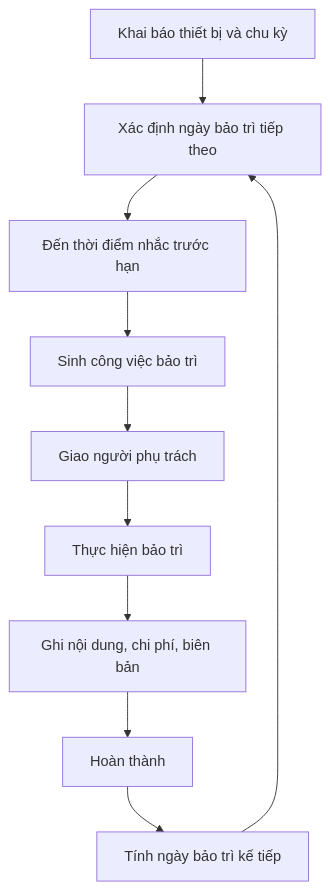
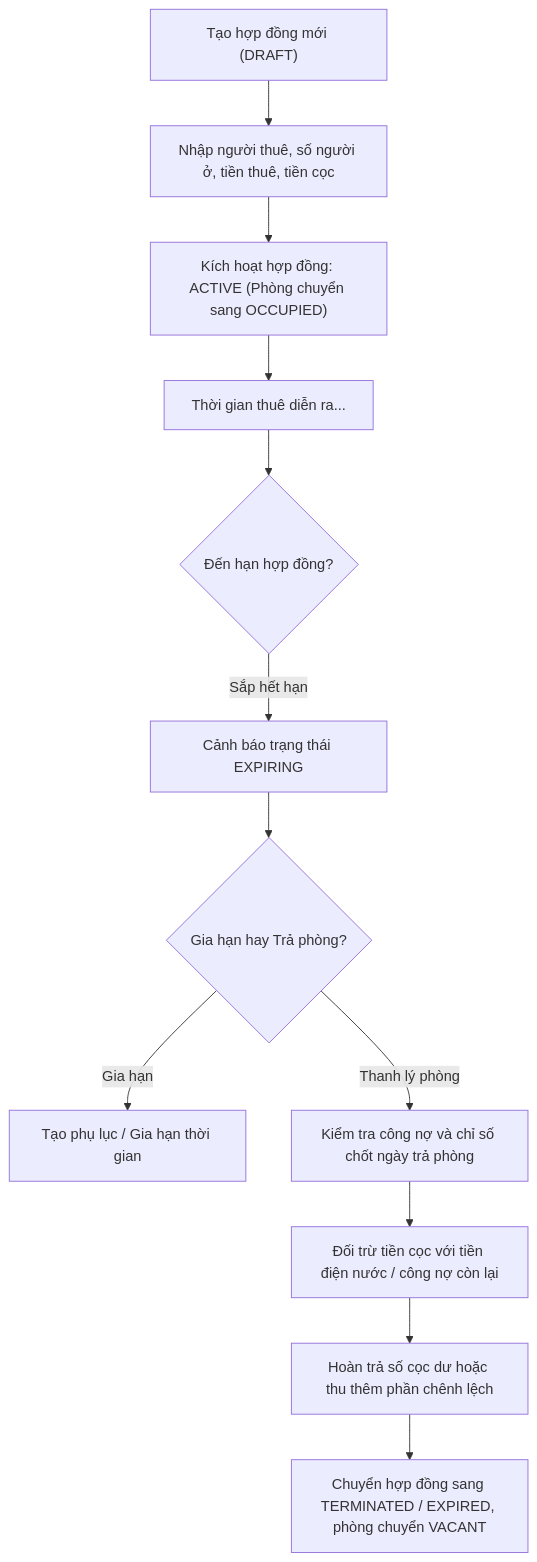
The fourth of 5 diagrams in docs/02_SRS_He_thong_quan_ly_toa_nha.md (HuyyHoang2kk4/building-management-system), drawn with Mermaid before and after one commit. The commit also changed other lines of this file and 21 other files, not shown here.

````diff
--- a/docs/02_SRS_He_thong_quan_ly_toa_nha.md
+++ b/docs/02_SRS_He_thong_quan_ly_toa_nha.md
@@ -173,12 +145,14 @@
 ```mermaid
 flowchart TD
-    A["Khai báo thiết bị và chu kỳ"] --> B["Xác định ngày bảo trì tiếp theo"]
-    B --> C["Đến thời điểm nhắc trước hạn"]
-    C --> D["Sinh công việc bảo trì"]
-    D --> E["Giao người phụ trách"]
-    E --> F["Thực hiện bảo trì"]
-    F --> G["Ghi nội dung, chi phí, biên bản"]
-    G --> H["Hoàn thành"]
-    H --> I["Tính ngày bảo trì kế tiếp"]
-    I --> B
+    A["Tạo hợp đồng mới (DRAFT)"] --> B["Nhập người thuê, số người ở, tiền thuê, tiền cọc"]
+    B --> C["Kích hoạt hợp đồng: ACTIVE (Phòng chuyển sang OCCUPIED)"]
+    C --> D["Thời gian thuê diễn ra..."]
+    D --> E{"Đến hạn hợp đồng?"}
+    E -- "Sắp hết hạn" --> F["Cảnh báo trạng thái EXPIRING"]
+    F --> G{"Gia hạn hay Trả phòng?"}
+    G -- "Gia hạn" --> H["Tạo phụ lục / Gia hạn thời gian"]
+    G -- "Thanh lý phòng" --> I["Kiểm tra công nợ và chỉ số chốt ngày trả phòng"]
+    I --> J["Đối trừ tiền cọc với tiền điện nước / công nợ còn lại"]
+    J --> K["Hoàn trả số cọc dư hoặc thu thêm phần chênh lệch"]
+    K --> L["Chuyển hợp đồng sang TERMINATED / EXPIRED, phòng chuyển VACANT"]
 ```
````
